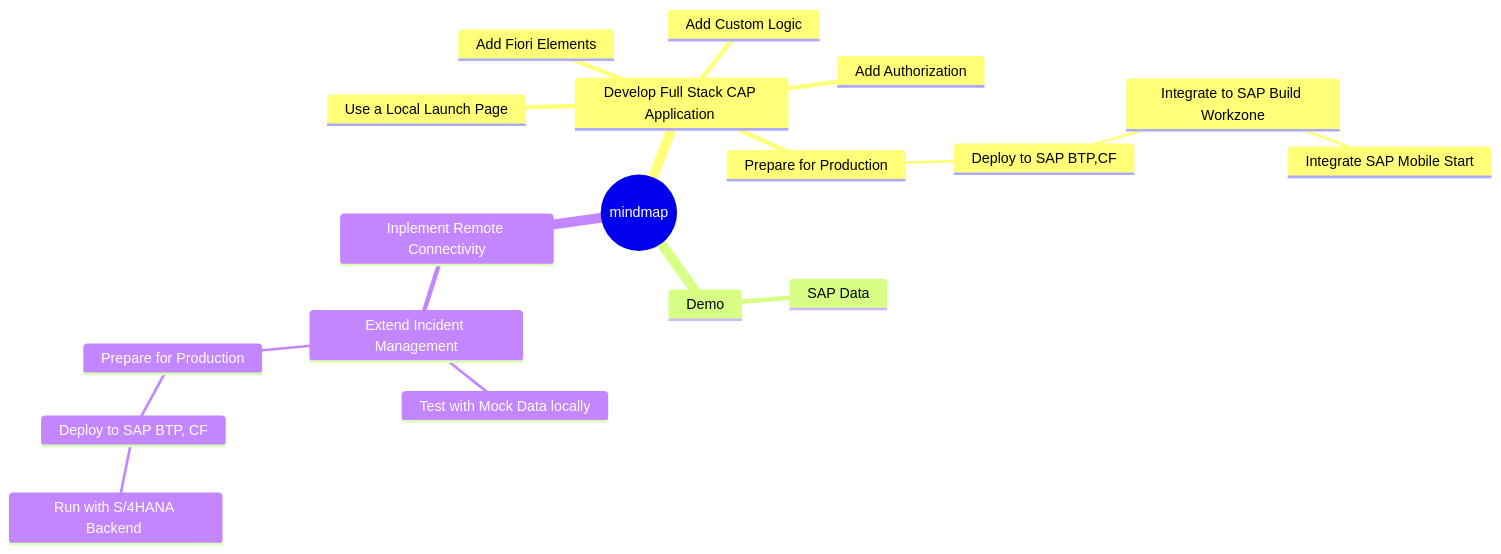
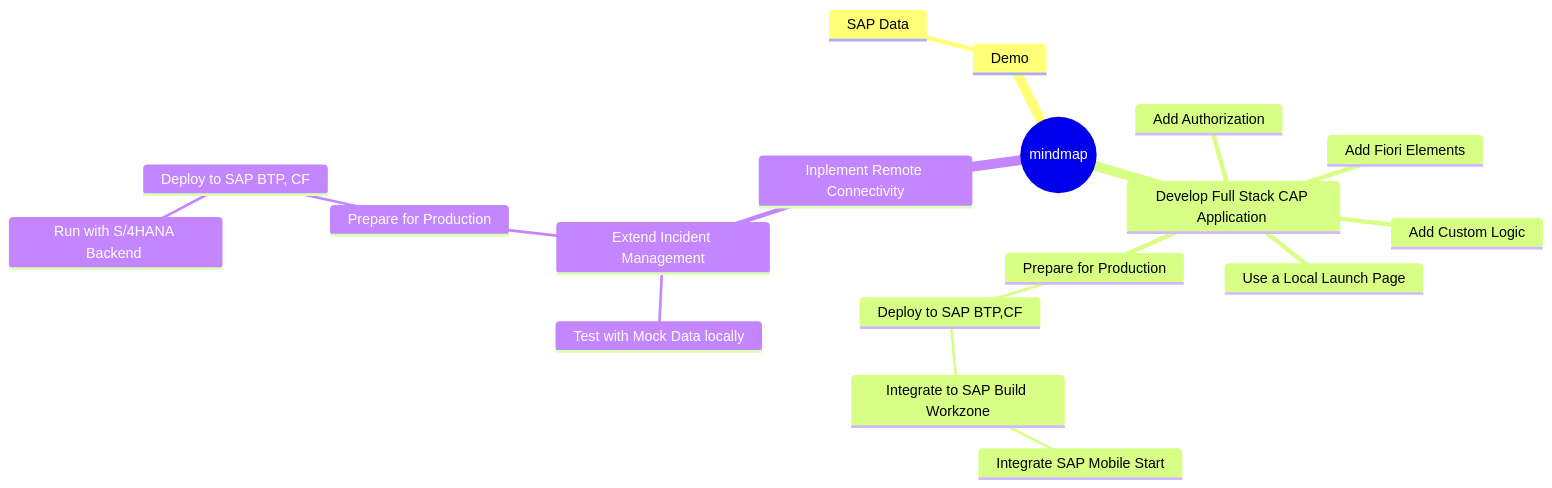
Before and after one commit to ejazsyed/validation-issue: the first of 4 diagrams in README.md, drawn with Mermaid. The commit also changed other lines of this file, not shown here.

````diff
--- a/README.md
+++ b/README.md
@@ -7,22 +7,22 @@
 ```mermaid
    mindmap
   root((mindmap))
+    Demo
+      SAP Data
     Develop Full Stack CAP Application 
       Add Custom Logic
       Add Fiori Elements
       Use a Local Launch Page
       Add Authorization
       Prepare for Production
         Deploy to SAP BTP,CF
           Integrate to SAP Build Workzone
             Integrate SAP Mobile Start
-    Demo
-      SAP Data
     Inplement Remote Connectivity
       Extend Incident Management
         Test with Mock Data locally
         Prepare for Production
           Deploy to SAP BTP, CF
             Run with S/4HANA Backend 
 
 ```
````
